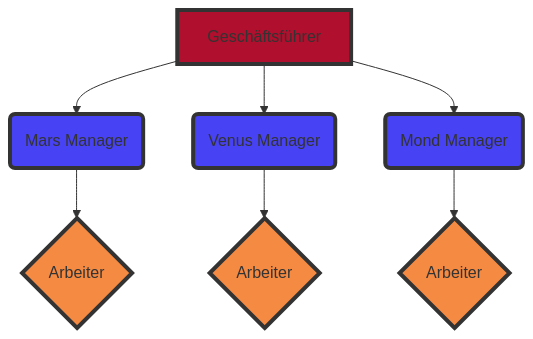
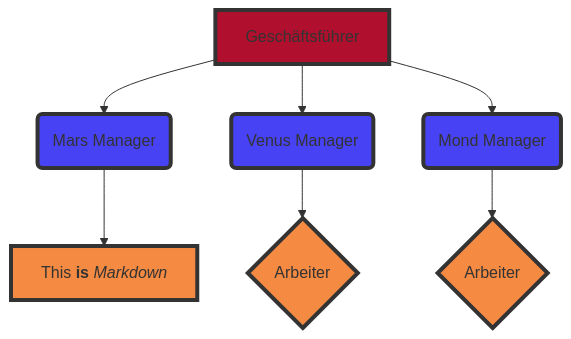
Before and after one commit to Team6IT26A/LF4: the diagram in Geltungsbereich.md, drawn with Mermaid.

````diff
--- a/Geltungsbereich.md
+++ b/Geltungsbereich.md
@@ -4,20 +4,20 @@
 ```mermaid
 graph TB
     A[Geschäftsführer]
     A --> B(Mars Manager)
     A --> C(Venus Manager)
     A --> D(Mond Manager)
-    E{"`Arbeiter`"}
+    E["`This **is** _Markdown_`"]
     F{Arbeiter}
     G{Arbeiter}
     B --> E
     C --> F
     D --> G
 
     classDef red fill:#b0102d,stroke:#333,stroke-width:4px;
     classDef blue fill:#4842f5,stroke:#333,stroke-width:4px;
     classDef orange fill:#f58a42,stroke:#333,stroke-width:4px;
     class A red
     class B,C,D blue
     class E,F,G orange
 ```
````
